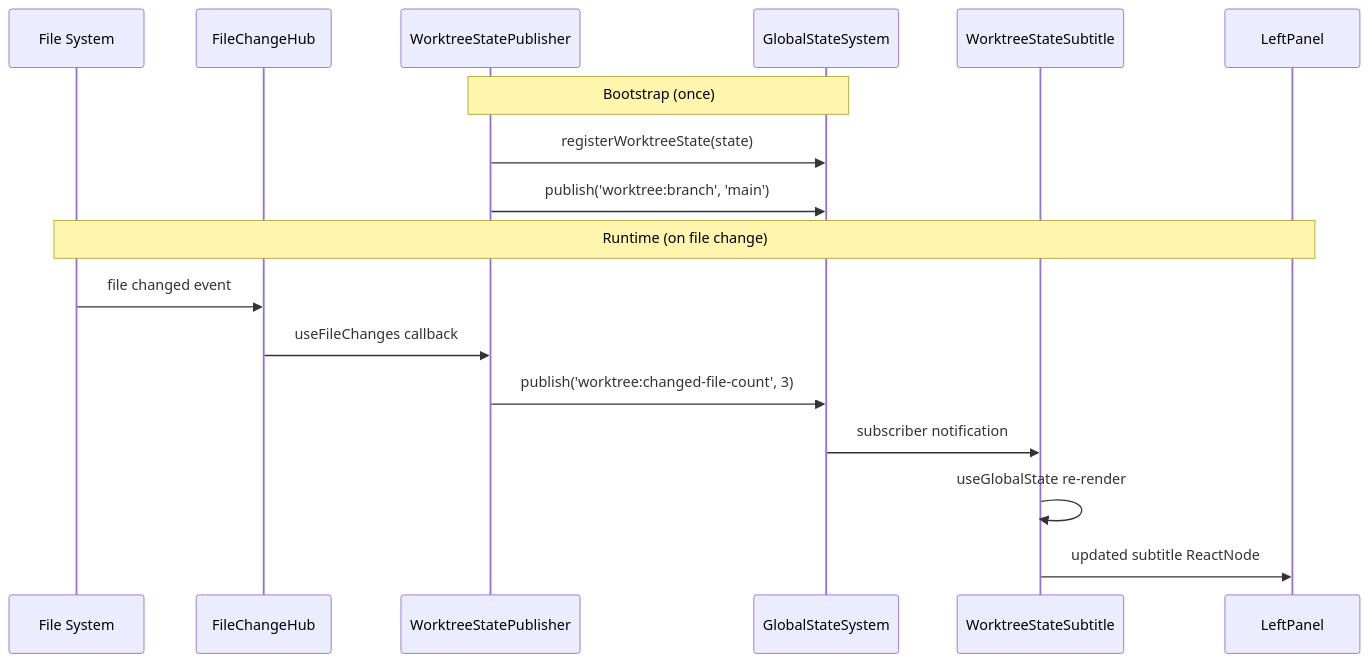
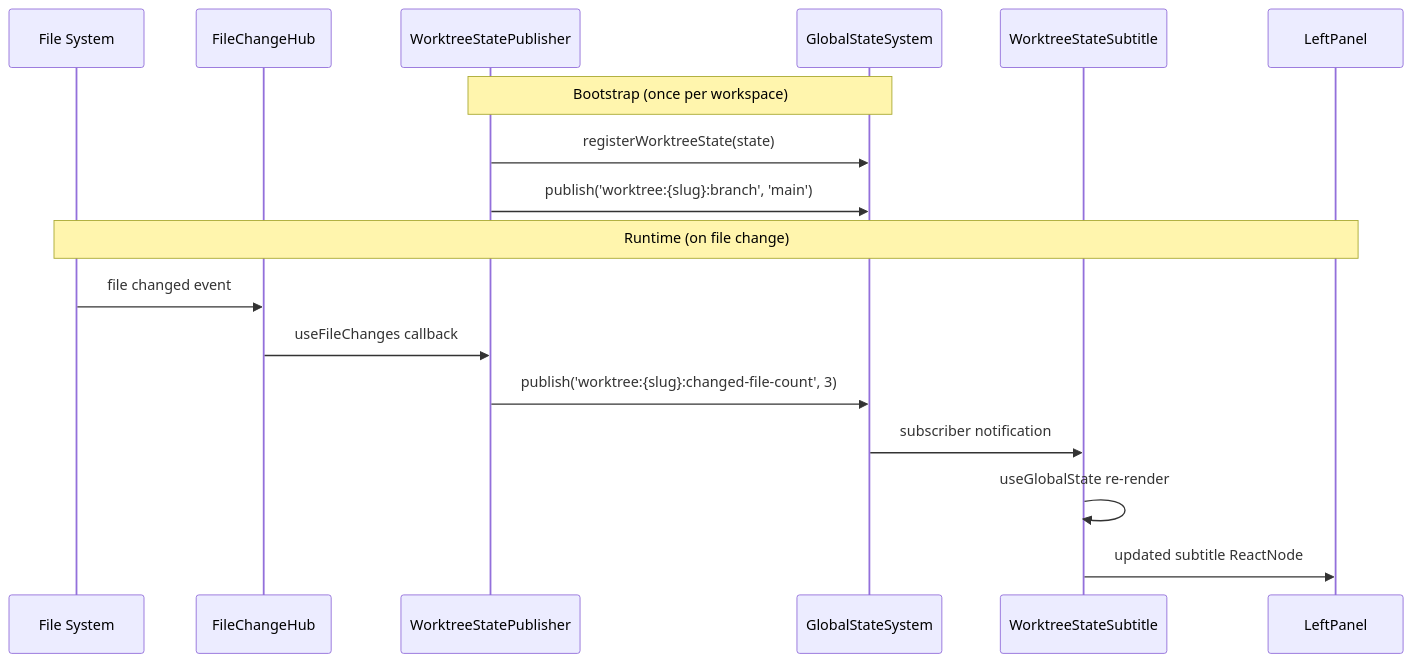
One commit to AI-Substrate/chainglass changed the third of 3 diagrams in docs/plans/053-global-state-system/tasks/phase-5-worktree-exemplar/tasks.md. Above: the diagram before and after it, drawn with Mermaid. The commit also changed other lines of this file and 10 other files, not shown here.

````diff
--- a/docs/plans/053-global-state-system/tasks/phase-5-worktree-exemplar/tasks.md
+++ b/docs/plans/053-global-state-system/tasks/phase-5-worktree-exemplar/tasks.md
@@ -237,21 +244,21 @@
 ```mermaid
 sequenceDiagram
     participant FS as File System
     participant Hub as FileChangeHub
     participant Pub as WorktreeStatePublisher
     participant GSS as GlobalStateSystem
     participant Sub as WorktreeStateSubtitle
     participant LP as LeftPanel
 
-    Note over Pub,GSS: Bootstrap (once)
+    Note over Pub,GSS: Bootstrap (once per workspace)
     Pub->>GSS: registerWorktreeState(state)
-    Pub->>GSS: publish('worktree:branch', 'main')
+    Pub->>GSS: publish('worktree:{slug}:branch', 'main')
 
     Note over FS,LP: Runtime (on file change)
     FS->>Hub: file changed event
     Hub->>Pub: useFileChanges callback
-    Pub->>GSS: publish('worktree:changed-file-count', 3)
+    Pub->>GSS: publish('worktree:{slug}:changed-file-count', 3)
     GSS->>Sub: subscriber notification
     Sub->>Sub: useGlobalState re-render
     Sub->>LP: updated subtitle ReactNode
 ```
````
